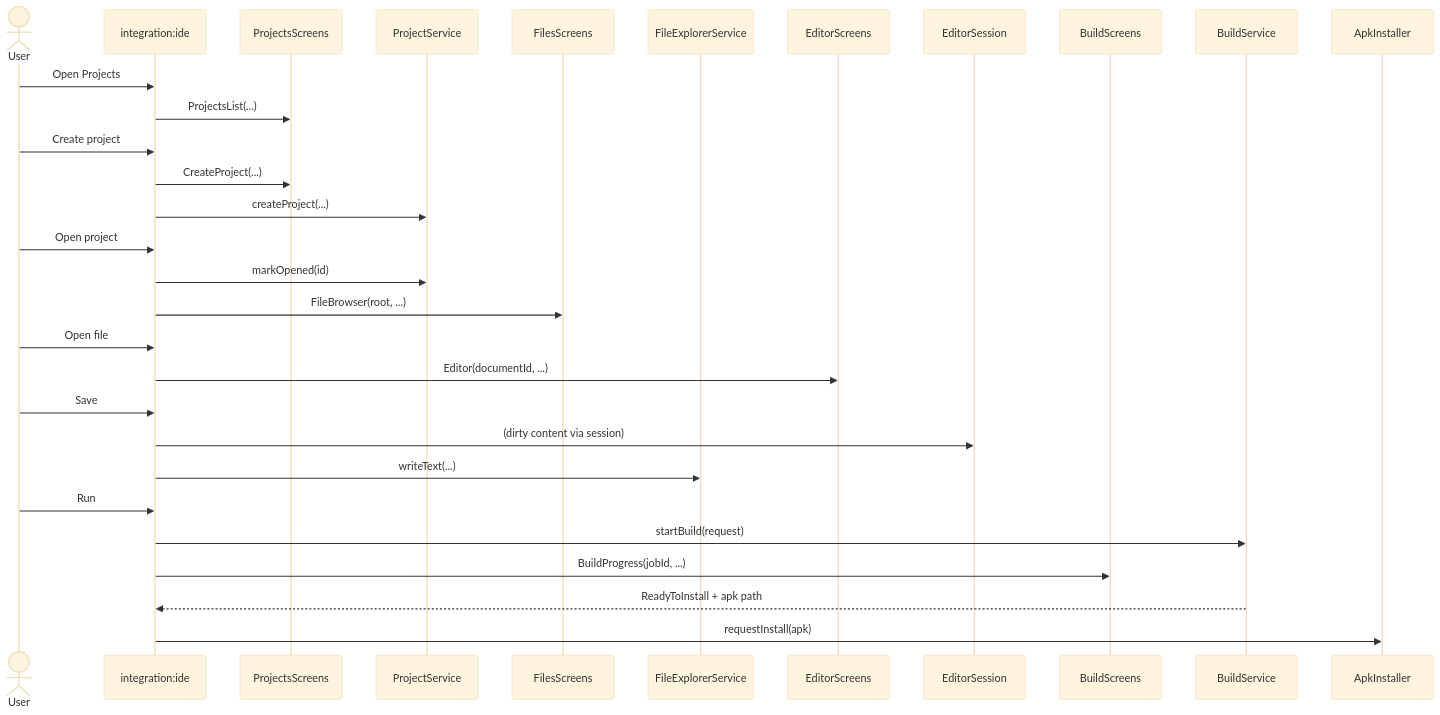
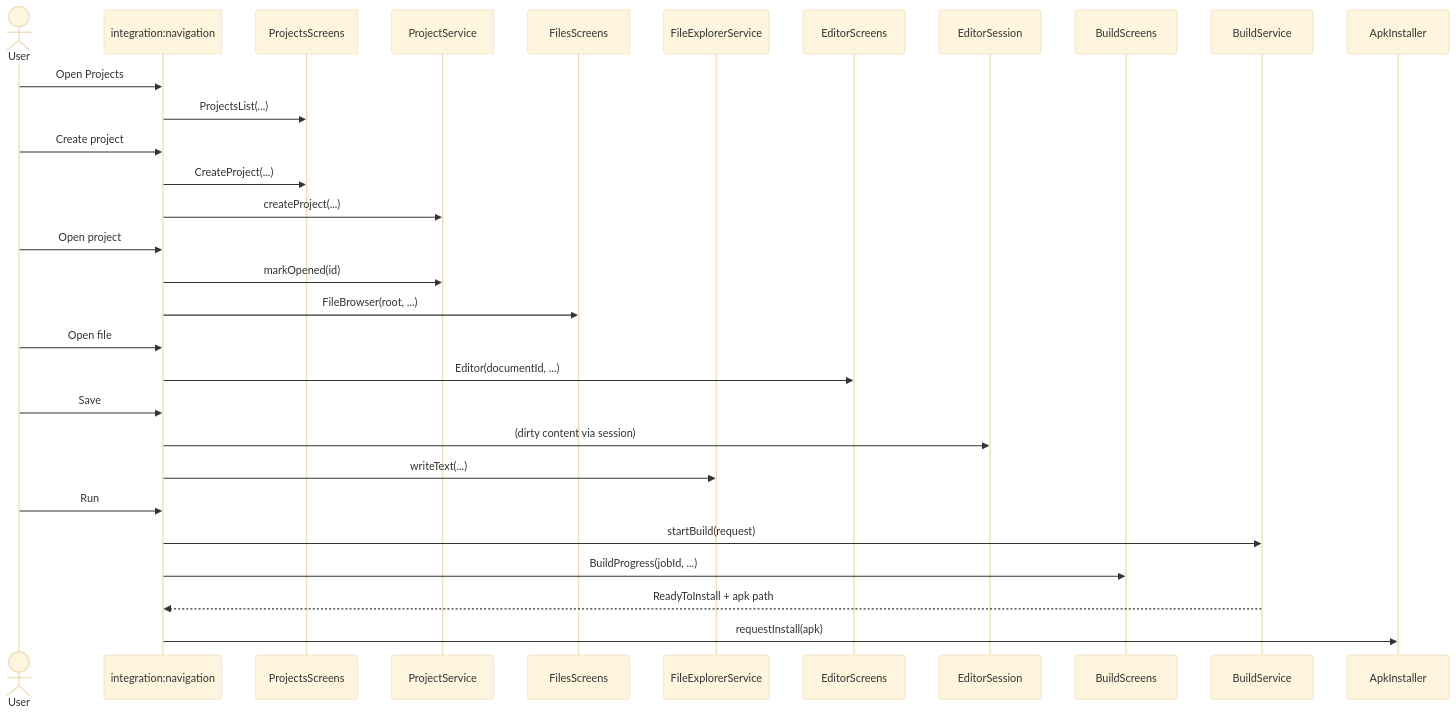
One commit to Al-Qassim/Android-Studio-Lite changed the third of 5 diagrams in project/architecture.md. Above: the diagram before and after it, drawn with Mermaid (base theme). The commit also changed other lines of this file and 18 other files, not shown here.

First line of the commit message:
Split integration:ide into di and navigation modules.

````diff
--- a/project/architecture.md
+++ b/project/architecture.md
@@ -475,33 +467,33 @@
 ```mermaid
 sequenceDiagram
   actor User
-  participant IDE as integration:ide
+  participant Nav as integration:navigation
   participant PS as ProjectsScreens
   participant P as ProjectService
   participant FS as FilesScreens
   participant F as FileExplorerService
   participant ES as EditorScreens
   participant E as EditorSession
   participant BS as BuildScreens
   participant B as BuildService
   participant I as ApkInstaller
 
-  User->>IDE: Open Projects
-  IDE->>PS: ProjectsList(...)
-  User->>IDE: Create project
-  IDE->>PS: CreateProject(...)
-  IDE->>P: createProject(...)
-  User->>IDE: Open project
-  IDE->>P: markOpened(id)
-  IDE->>FS: FileBrowser(root, ...)
-  User->>IDE: Open file
-  IDE->>ES: Editor(documentId, ...)
-  User->>IDE: Save
-  IDE->>E: (dirty content via session)
-  IDE->>F: writeText(...)
-  User->>IDE: Run
-  IDE->>B: startBuild(request)
-  IDE->>BS: BuildProgress(jobId, ...)
-  B-->>IDE: ReadyToInstall + apk path
-  IDE->>I: requestInstall(apk)
+  User->>Nav: Open Projects
+  Nav->>PS: ProjectsList(...)
+  User->>Nav: Create project
+  Nav->>PS: CreateProject(...)
+  Nav->>P: createProject(...)
+  User->>Nav: Open project
+  Nav->>P: markOpened(id)
+  Nav->>FS: FileBrowser(root, ...)
+  User->>Nav: Open file
+  Nav->>ES: Editor(documentId, ...)
+  User->>Nav: Save
+  Nav->>E: (dirty content via session)
+  Nav->>F: writeText(...)
+  User->>Nav: Run
+  Nav->>B: startBuild(request)
+  Nav->>BS: BuildProgress(jobId, ...)
+  B-->>Nav: ReadyToInstall + apk path
+  Nav->>I: requestInstall(apk)
 ```
````
